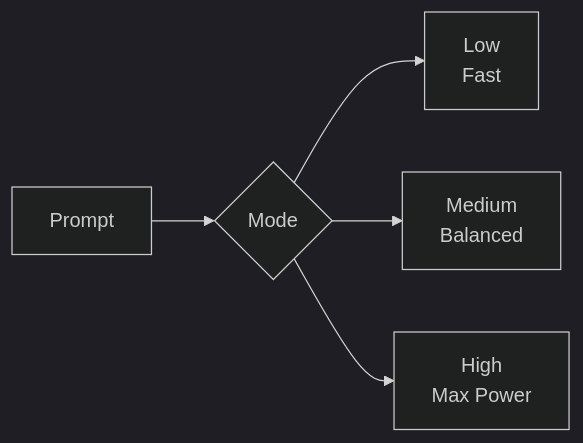
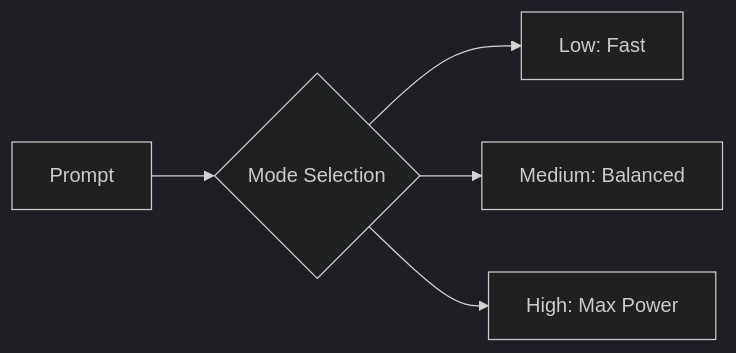
One commit to kousen/cosmic-catalog changed the sixth of 8 diagrams in ai_agent_comparison.md. Above: the diagram before and after it, drawn with Mermaid. The commit also changed other lines of this file and 1 other file, not shown here.

````diff
--- a/ai_agent_comparison.md
+++ b/ai_agent_comparison.md
@@ -424,8 +434,8 @@
 ```mermaid
 %%{init: {'theme':'dark'}}%%
 graph LR
-    A[Prompt] --> B{Mode};
-    B --> C[Low<br/>Fast];
-    B --> D[Medium<br/>Balanced];
-    B --> E[High<br/>Max Power];
+    A[Prompt] --> B{Mode Selection}
+    B --> C[Low: Fast]
+    B --> D[Medium: Balanced]
+    B --> E[High: Max Power]
 ```
````
